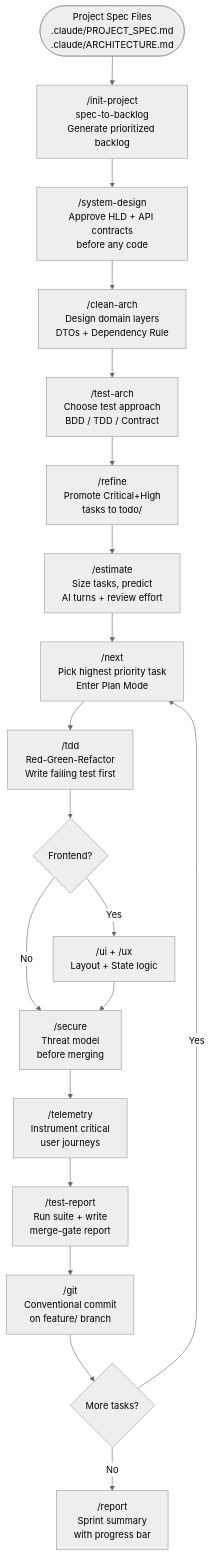
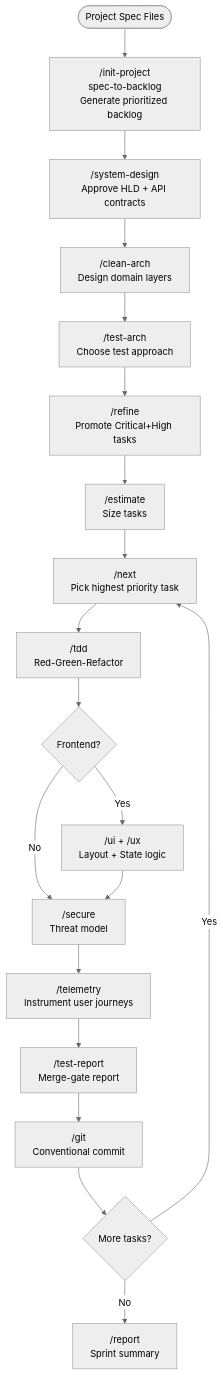
One commit to sornbuen15/drunken-ai-team changed the second of 6 diagrams in README.md. Above: the diagram before and after it, drawn with Mermaid (neutral theme). The commit also changed other lines of this file and 15 other files, not shown here.

````diff
--- a/README.md
+++ b/README.md
@@ -106,23 +393,22 @@
 ```mermaid
 flowchart TD
-    A([Project Spec Files\n.claude/PROJECT_SPEC.md\n.claude/ARCHITECTURE.md]) --> B
-
+    A([Project Spec Files]) --> B
     B["/init-project\nspec-to-backlog\nGenerate prioritized backlog"]
-    B --> C["/system-design\nApprove HLD + API contracts\nbefore any code"]
-    C --> D["/clean-arch\nDesign domain layers\nDTOs + Dependency Rule"]
-    D --> E["/test-arch\nChoose test approach\nBDD / TDD / Contract"]
-    E --> F["/refine\nPromote Critical+High\ntasks to todo/"]
-    F --> G["/estimate\nSize tasks, predict\nAI turns + review effort"]
-    G --> H["/next\nPick highest priority task\nEnter Plan Mode"]
-    H --> I["/tdd\nRed-Green-Refactor\nWrite failing test first"]
+    B --> C["/system-design\nApprove HLD + API contracts"]
+    C --> D["/clean-arch\nDesign domain layers"]
+    D --> E["/test-arch\nChoose test approach"]
+    E --> F["/refine\nPromote Critical+High tasks"]
+    F --> G["/estimate\nSize tasks"]
+    G --> H["/next\nPick highest priority task"]
+    H --> I["/tdd\nRed-Green-Refactor"]
     I --> J{Frontend?}
     J -- Yes --> K["/ui + /ux\nLayout + State logic"]
-    J -- No --> L["/secure\nThreat model\nbefore merging"]
+    J -- No --> L["/secure\nThreat model"]
     K --> L
-    L --> M["/telemetry\nInstrument critical\nuser journeys"]
-    M --> N["/test-report\nRun suite + write\nmerge-gate report"]
-    N --> O["/git\nConventional commit\non feature/ branch"]
+    L --> M["/telemetry\nInstrument user journeys"]
+    M --> N["/test-report\nMerge-gate report"]
+    N --> O["/git\nConventional commit"]
     O --> P{More tasks?}
     P -- Yes --> H
-    P -- No --> Q["/report\nSprint summary\nwith progress bar"]
+    P -- No --> Q["/report\nSprint summary"]
 ```
````
